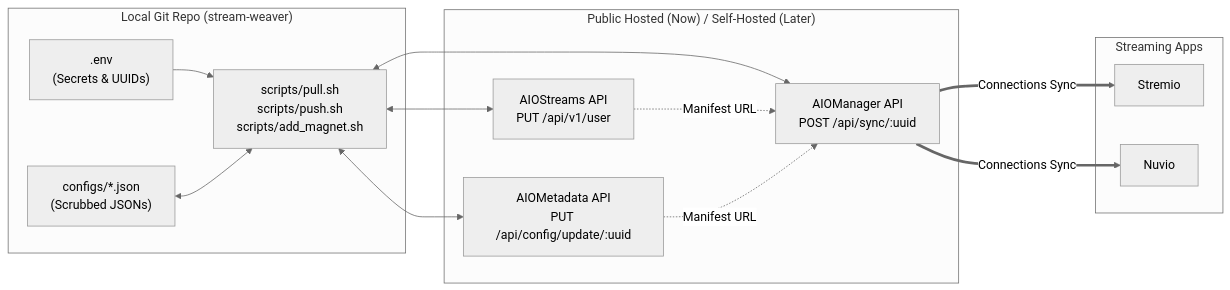
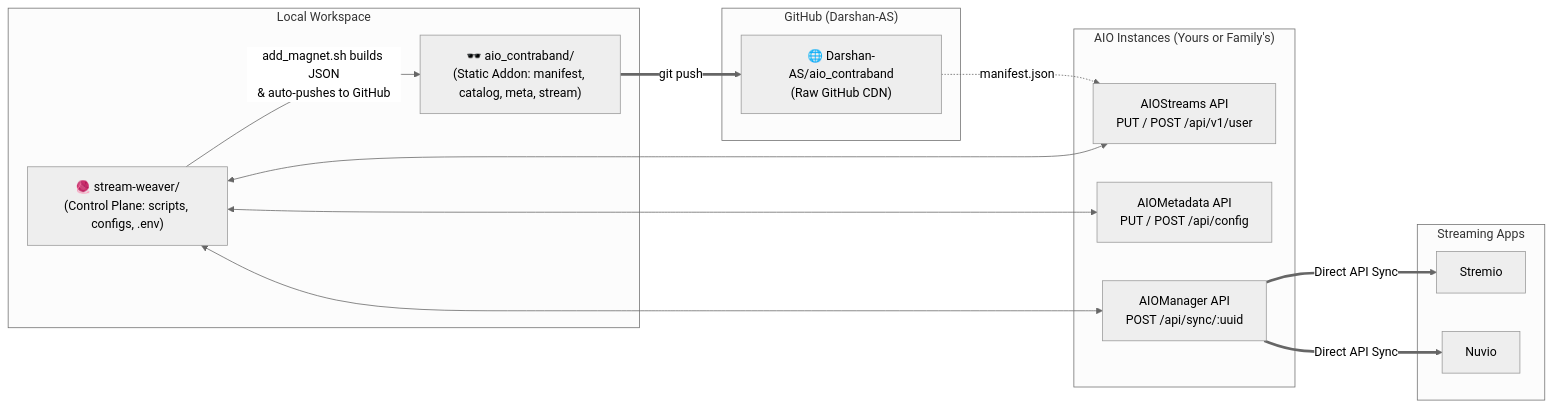
One commit to Darshan-AS/stream-weaver changed the diagram in README.md. Above: the diagram before and after it, drawn with Mermaid (neutral theme). The commit also changed other lines of this file and 1 other file, not shown here.

Commit message:
docs(readme): Document dual-repo architecture and family instance bootstrap guide

````diff
--- a/README.md
+++ b/README.md
@@ -13,29 +15,31 @@
 ```mermaid
 flowchart LR
-    subgraph GitRepo["Local Git Repo (stream-weaver)"]
-        Env[".env<br/>(Secrets & UUIDs)"]
-        JSONs["configs/*.json<br/>(Scrubbed JSONs)"]
-        CLI["scripts/pull.sh<br/>scripts/push.sh<br/>scripts/add_magnet.sh"]
+    subgraph Local["Local Workspace"]
+        SW["🧶 stream-weaver/\n(Control Plane: scripts, configs, .env)"]
+        CB["🕶️ aio_contraband/\n(Static Addon: manifest, catalog, meta, stream)"]
+        SW -- "add_magnet.sh builds JSON\n& auto-pushes to GitHub" --> CB
     end
 
-    subgraph Hosted["Public Hosted (Now) / Self-Hosted (Later)"]
-        AS["AIOStreams API<br/>PUT /api/v1/user"]
-        AM["AIOMetadata API<br/>PUT /api/config/update/:uuid"]
-        MGR["AIOManager API<br/>POST /api/sync/:uuid"]
+    subgraph GitHub["GitHub (Darshan-AS)"]
+        GH_CB["🌐 Darshan-AS/aio_contraband\n(Raw GitHub CDN)"]
+    end
+
+    subgraph Hosted["AIO Instances (Yours or Family's)"]
+        AS["AIOStreams API\nPUT / POST /api/v1/user"]
+        AM["AIOMetadata API\nPUT / POST /api/config"]
+        MGR["AIOManager API\nPOST /api/sync/:uuid"]
     end
 
     subgraph Apps["Streaming Apps"]
         Stremio["Stremio"]
         Nuvio["Nuvio"]
     end
 
-    Env --> CLI
-    JSONs <--> CLI
-    CLI <--> AS
-    CLI <--> AM
-    CLI <--> MGR
-    AS -. "Manifest URL" .-> MGR
-    AM -. "Manifest URL" .-> MGR
-    MGR == "Connections Sync" ==> Stremio
-    MGR == "Connections Sync" ==> Nuvio
+    CB == "git push" ==> GH_CB
+    GH_CB -. "manifest.json" .-> AS
+    SW <--> AS
+    SW <--> AM
+    SW <--> MGR
+    MGR == "Direct API Sync" ==> Stremio
+    MGR == "Direct API Sync" ==> Nuvio
 ```
````
